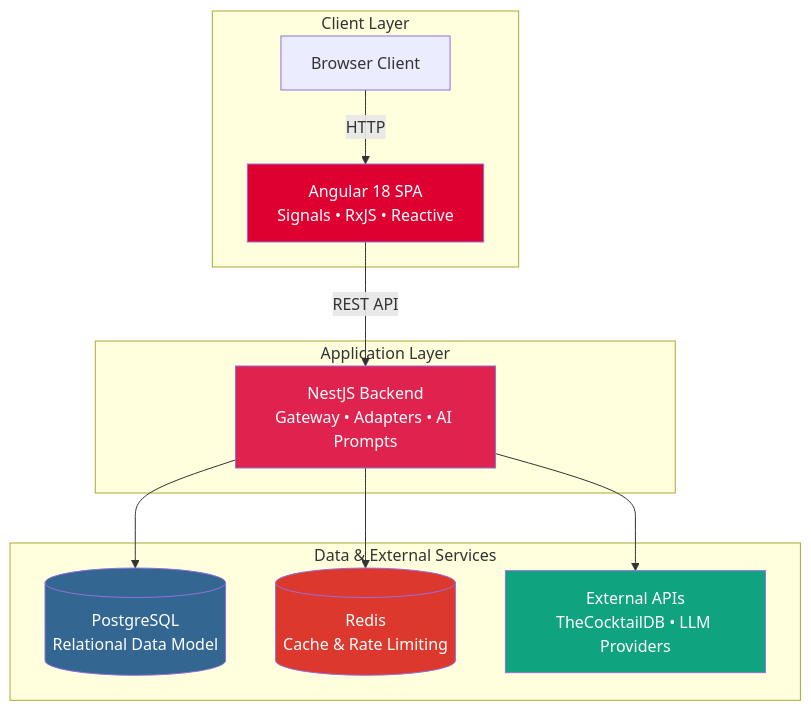
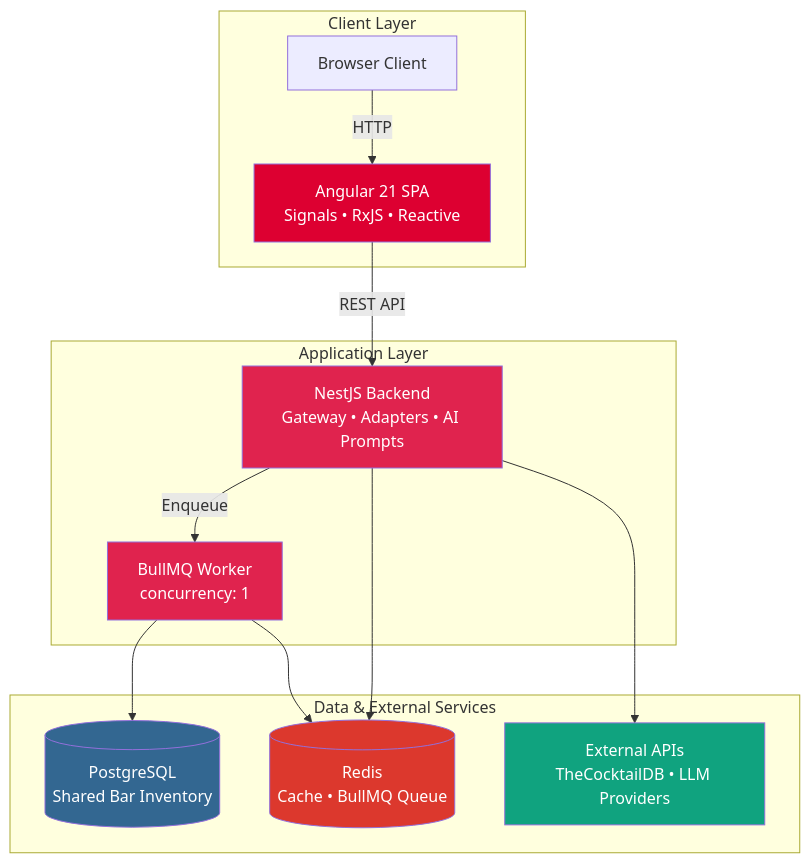
Before and after one commit to zantgo/mixology-hub: the diagram in README.md, drawn with Mermaid. The commit also changed other lines of this file and 39 other files, not shown here.

Commit message:
Refactor makeable intelligence use cases to reflect shared bar inventory context; update performance and scalability documentation for global caching; enhance security compliance with rate limiter adjustments for testing environments.

````diff
--- a/README.md
+++ b/README.md
@@ -50,23 +52,27 @@
 ```mermaid
 graph TB
     subgraph "Client Layer"
         Browser[Browser Client] -->|HTTP| Frontend
     end
     
     subgraph "Application Layer"
-        Frontend[Angular 18 SPA<br/>Signals • RxJS • Reactive] -->|REST API| Backend
+        Frontend[Angular 21 SPA<br/>Signals • RxJS • Reactive] -->|REST API| Backend
         Backend[NestJS Backend<br/>Gateway • Adapters • AI Prompts]
+        Worker[BullMQ Worker<br/>concurrency: 1]
     end
     
     subgraph "Data & External Services"
-        Backend --> PostgreSQL[(PostgreSQL<br/>Relational Data Model)]
-        Backend --> Redis[(Redis<br/>Cache & Rate Limiting)]
+        Backend -->|Enqueue| Worker
+        Worker --> PostgreSQL[(PostgreSQL<br/>Shared Bar Inventory)]
+        Backend --> Redis[(Redis<br/>Cache • BullMQ Queue)]
+        Worker --> Redis
         Backend --> External[External APIs<br/>TheCocktailDB • LLM Providers]
     end
     
     style Frontend fill:#dd0031,color:#fff
     style Backend fill:#e0234e,color:#fff
+    style Worker fill:#e0234e,color:#fff
     style PostgreSQL fill:#336791,color:#fff
     style Redis fill:#dc382d,color:#fff
     style External fill:#10a37f,color:#fff
 ```
````
